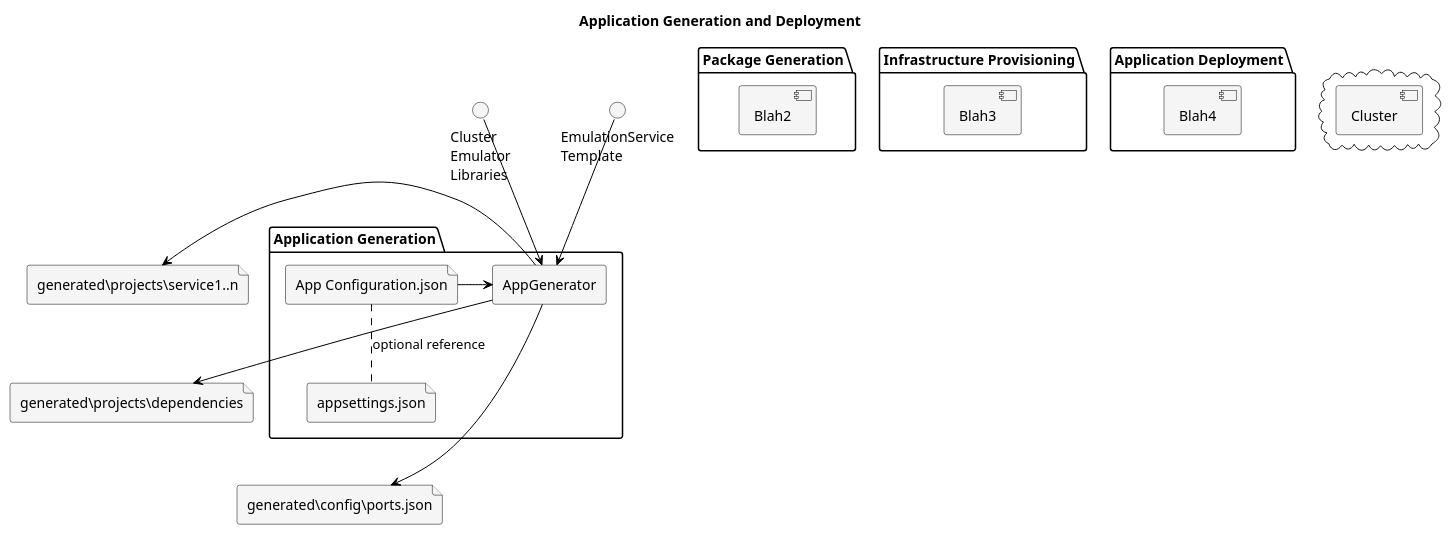
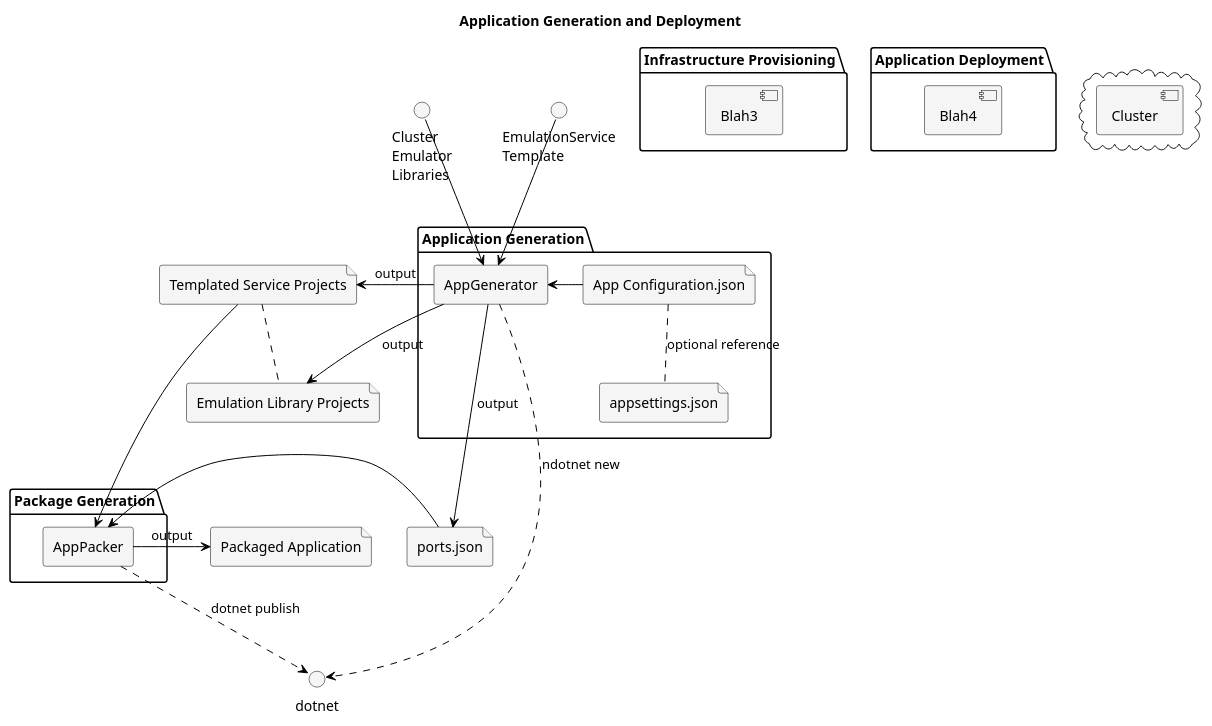
The diagram in plantuml_diagrams/FlowDiagram_BuildAndDeploy.wsd (K-Cully/performance-of-microservices), drawn with PlantUML before and after one commit.

Commit message:
Add App package generation

```diff
--- a/plantuml_diagrams/FlowDiagram_BuildAndDeploy.wsd
+++ b/plantuml_diagrams/FlowDiagram_BuildAndDeploy.wsd
@@ -1,72 +1,84 @@
 @startuml
 
 title Application Generation and Deployment
 
 
 skinparam component {
   FontName Arial
   BorderColor black
   BackgroundColor whitesmoke
   ArrowColor black
 }
 
 skinparam interface {
   BorderColor black
   BackgroundColor whitesmoke
 }
 
 skinparam file {
   BorderColor black
   BackgroundColor whitesmoke
 }
 
 skinparam agent {
   BorderColor black
   BackgroundColor whitesmoke
 }
 
+interface dotnet
 
-file "generated\config\ports.json" as ports
-file "generated\projects\dependencies" as libraries
-file "generated\projects\service1..n" as projects
+interface "Cluster\nEmulator\nLibraries" as ClusterLibraries
+interface "EmulationService\nTemplate" as ServiceTemplate
 
-projects -[hidden]-> libraries
+file "ports.json" as ports
+file "Emulation Library Projects" as libraries
+file "Templated Service Projects" as projects
+
+projects .. libraries
 libraries -[hidden]-> ports
 
 package "Application Generation" {
     agent AppGenerator
 
     file "appsettings.json" as appSettings
     file "App Configuration.json" as appConfig
 
     appConfig .. appSettings : optional reference
     appConfig -> AppGenerator
 
-    AppGenerator -> projects
-    AppGenerator -> libraries
-    AppGenerator -> ports
+    AppGenerator ..> dotnet : ndotnet new
+
+    AppGenerator -> projects : output
+    AppGenerator -> libraries : output
+    AppGenerator -> ports : output
 }
 
-interface "Cluster\nEmulator\nLibraries" as ClusterLibraries
-interface "EmulationService\nTemplate" as ServiceTemplate
 ServiceTemplate --> AppGenerator
 ClusterLibraries --> AppGenerator
 
+file "Packaged Application" as servicePackages
+
 package "Package Generation" {
-    [Blah2]
+    agent AppPacker
+
+    ports -> AppPacker
+    projects -> AppPacker
+
+    AppPacker ..> dotnet : dotnet publish
+    AppPacker -> servicePackages : output
 }
 
 package "Infrastructure Provisioning" {
     [Blah3]
 }
 
 package "Application Deployment" {
     [Blah4]
 }
 
 cloud {
     [Cluster]
 }
 
 
 @enduml
```
